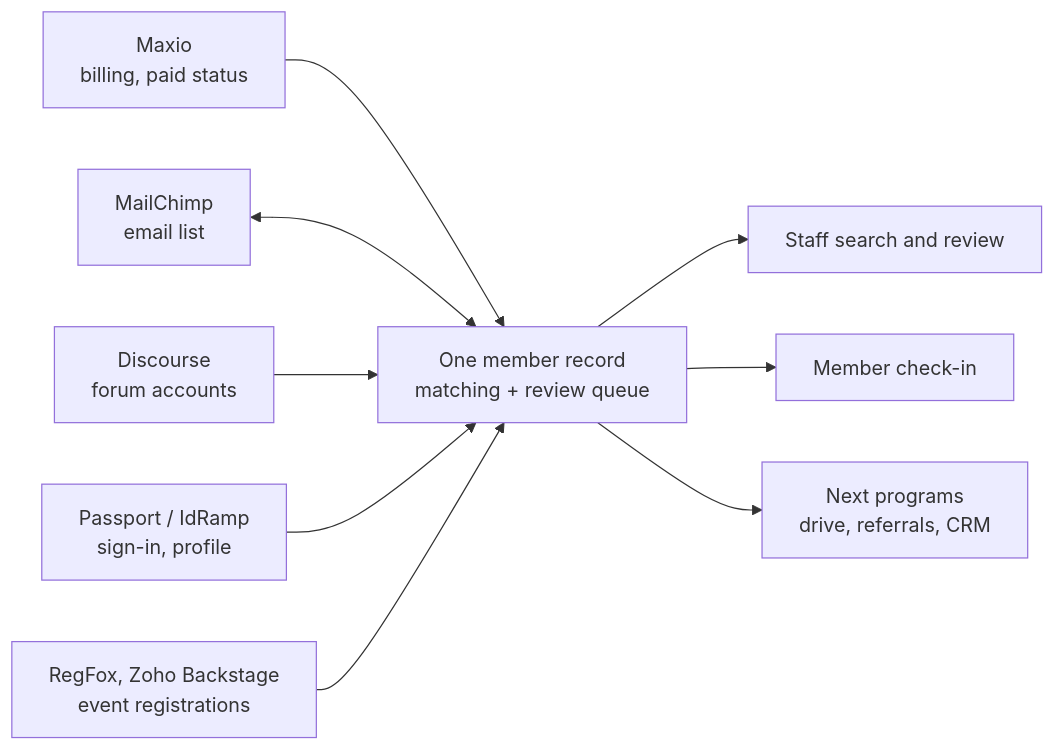
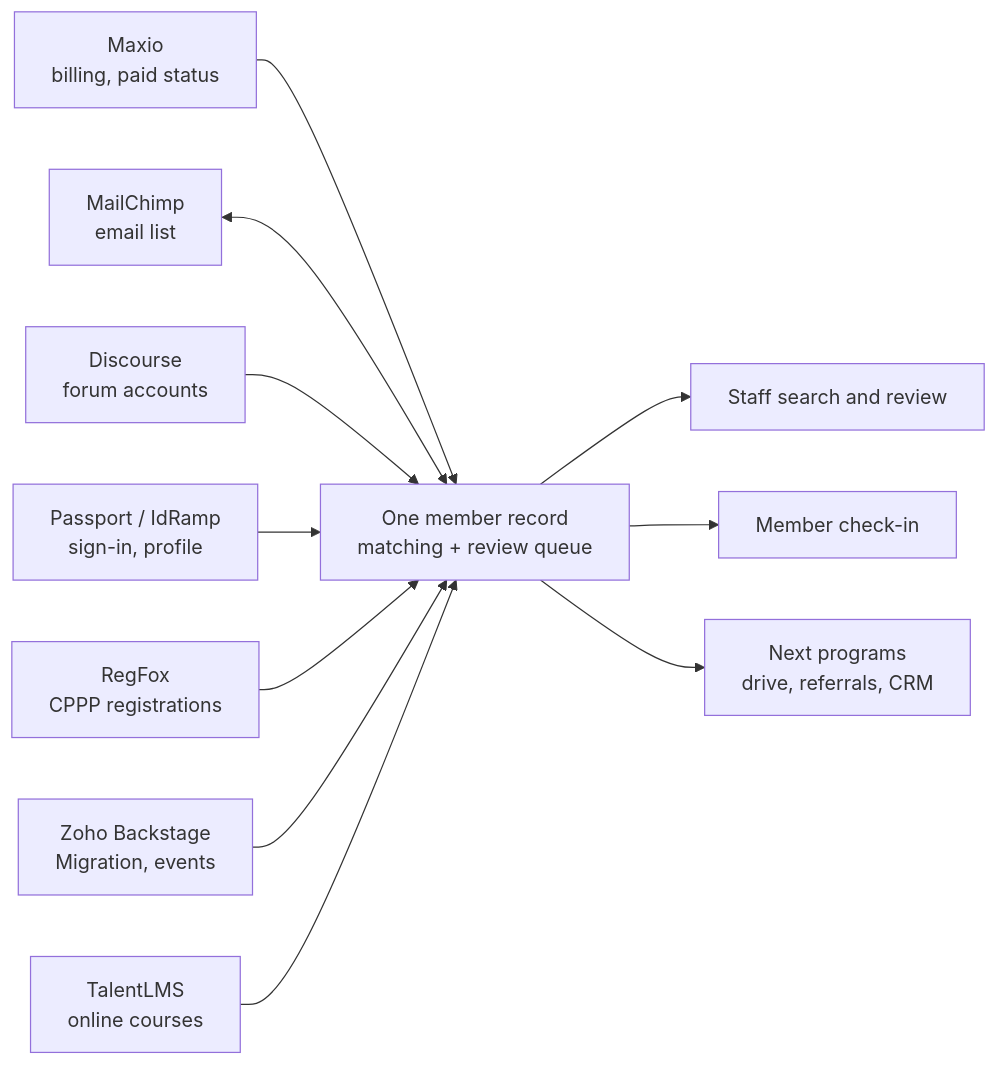
One commit to Cirrus-Owners-and-Pilots-Association/copa-technology changed the diagram in programs/001-member-source-of-truth.md. Above: the diagram before and after it, drawn with Mermaid. The commit also changed other lines of this file and 1 other file, not shown here.

````diff
--- a/programs/001-member-source-of-truth.md
+++ b/programs/001-member-source-of-truth.md
@@ -33,11 +38,13 @@
 ```mermaid
 flowchart LR
   Maxio["Maxio<br/>billing, paid status"] --> R
   MailChimp["MailChimp<br/>email list"] <--> R
   Discourse["Discourse<br/>forum accounts"] --> R
   Passport["Passport / IdRamp<br/>sign-in, profile"] --> R
-  Events["RegFox, Zoho Backstage<br/>event registrations"] --> R
+  CPPP["RegFox<br/>CPPP registrations"] --> R
+  Events["Zoho Backstage<br/>Migration, events"] --> R
+  LMS["TalentLMS<br/>online courses"] --> R
   R["One member record<br/>matching + review queue"] --> Staff["Staff search and review"]
   R --> Checkin["Member check-in"]
   R --> Next["Next programs<br/>drive, referrals, CRM"]
 ```
````
